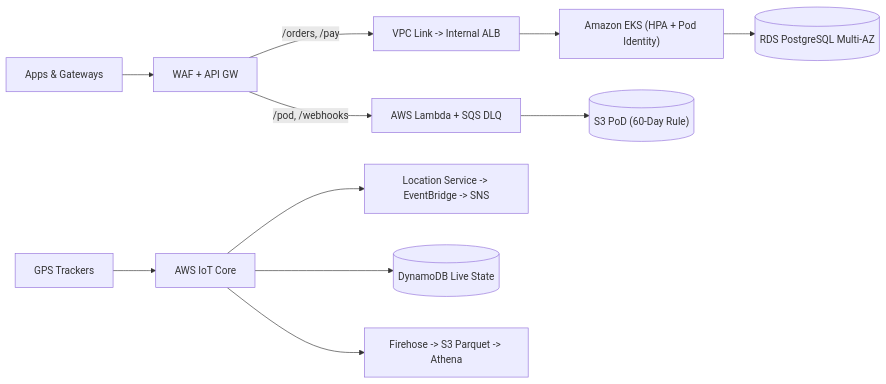
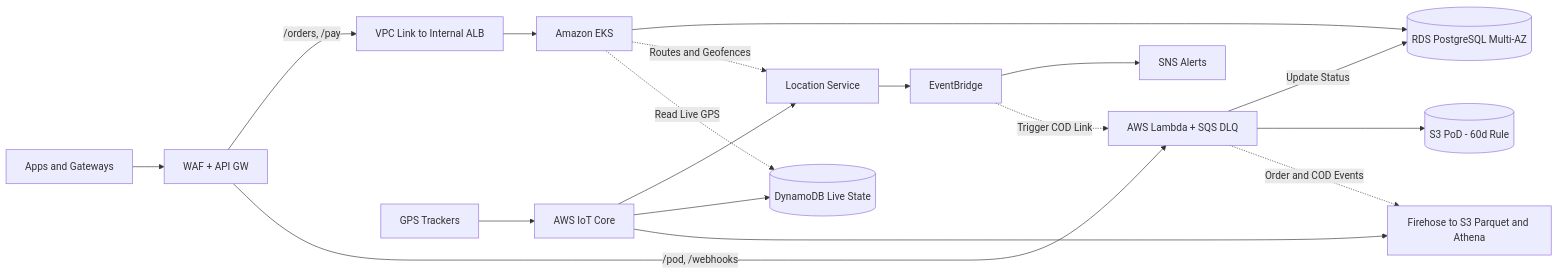
One commit to javeed489/Cloud-Native-Event-Driven-Logistics-Last-Mile-Delivery-Platform-AWS-EKS-Serverless-IoT-Terraform- changed the diagram in README.md. Above: the diagram before and after it, drawn with Mermaid.

Commit message:
Revise flowchart in README for better clarity
Updated flowchart to improve clarity and consistency in naming.

````diff
--- a/README.md
+++ b/README.md
@@ -1,14 +1,23 @@
 ```mermaid
 flowchart LR
-    Clients["Apps & Gateways"] --> Edge["WAF + API GW"]
-    Edge -->|"/orders, /pay"| VPC["VPC Link -> Internal ALB"]
-    VPC --> EKS["Amazon EKS (HPA + Pod Identity)"]
+    Clients["Apps and Gateways"] --> Edge["WAF + API GW"]
+    Edge -->|"/orders, /pay"| VPC["VPC Link to Internal ALB"]
+    VPC --> EKS["Amazon EKS"]
+    Edge -->|"/pod, /webhooks"| Lambda["AWS Lambda + SQS DLQ"]
+
     EKS --> RDS[("RDS PostgreSQL Multi-AZ")]
-    Edge -->|"/pod, /webhooks"| Lambda["AWS Lambda + SQS DLQ"]
-    Lambda --> S3PoD[("S3 PoD (60-Day Rule)")]
+    Lambda -->|"Update Status"| RDS
+    Lambda --> S3PoD[("S3 PoD - 60d Rule")]
 
     Vans["GPS Trackers"] --> IoT["AWS IoT Core"]
-    IoT --> Geo["Location Service -> EventBridge -> SNS"]
+    IoT --> Geo["Location Service"]
     IoT --> DDB[("DynamoDB Live State")]
-    IoT --> Lake["Firehose -> S3 Parquet -> Athena"]
+    IoT --> Lake["Firehose to S3 Parquet and Athena"]
+
+    EKS -.->|"Routes and Geofences"| Geo
+    EKS -.->|"Read Live GPS"| DDB
+    Geo --> EB["EventBridge"]
+    EB --> SNS["SNS Alerts"]
+    EB -.->|"Trigger COD Link"| Lambda
+    Lambda -.->|"Order and COD Events"| Lake
 ```
````
